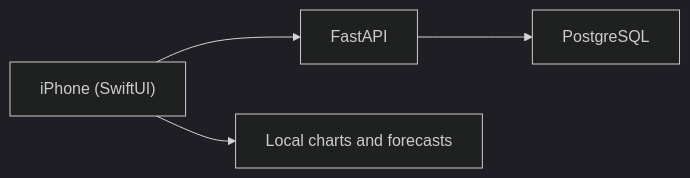
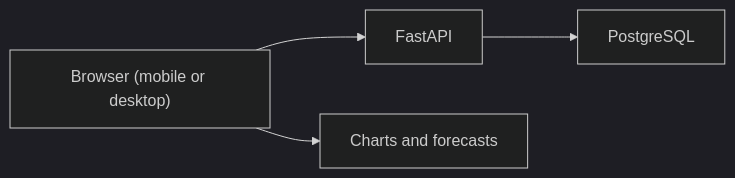
The diagram in site/src/content/work/powermeter.md (stewartburton/stewartburton.github.io), drawn with Mermaid (dark theme) before and after one commit. The commit also changed other lines of this file and 4 other files, not shown here.

````diff
--- a/site/src/content/work/powermeter.md
+++ b/site/src/content/work/powermeter.md
@@ -20,6 +20,6 @@
 ```mermaid
 flowchart LR
-    User["iPhone (SwiftUI)"] --> API["FastAPI"]
+    Browser["Browser (mobile or desktop)"] --> API["FastAPI"]
     API --> DB["PostgreSQL"]
-    User --> Charts["Local charts and forecasts"]
+    Browser --> Charts["Charts and forecasts"]
 ```
````
